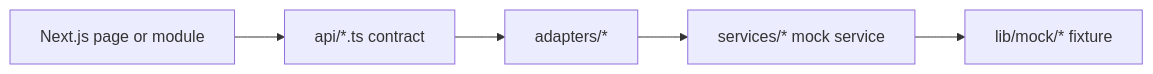
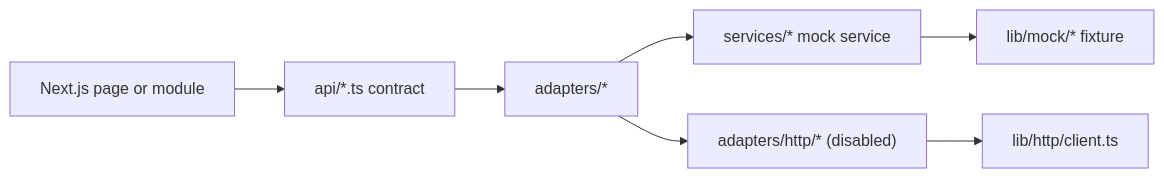
Before and after one commit to AymaanDhingra/omega-ai-web-platform: the diagram in NEXT_PHASE.md, drawn with Mermaid. The commit also changed other lines of this file and 1 other file, not shown here.

````diff
--- a/NEXT_PHASE.md
+++ b/NEXT_PHASE.md
@@ -19,7 +27,9 @@
 ```mermaid
 flowchart LR
   Page["Next.js page or module"] --> Api["api/*.ts contract"]
   Api --> Adapter["adapters/*"]
-  Adapter --> Service["services/* mock service"]
-  Service --> Mock["lib/mock/* fixture"]
+  Adapter --> MockService["services/* mock service"]
+  Adapter --> HttpAdapter["adapters/http/* (disabled)"]
+  MockService --> Mock["lib/mock/* fixture"]
+  HttpAdapter --> HttpClient["lib/http/client.ts"]
 ```
````
